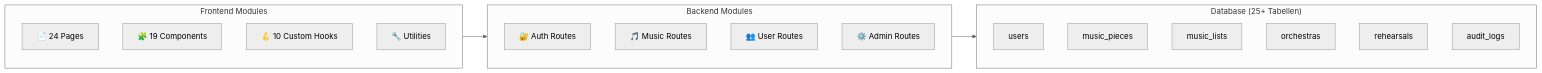
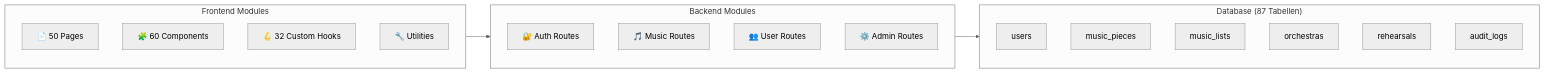
One commit to ruudsl/tutti changed the second of 2 diagrams in README.nl.md. Above: the diagram before and after it, drawn with Mermaid (neutral theme). The commit also changed other lines of this file and 1 other file, not shown here.

First line of the commit message:
docs: update architecture diagram counts

````diff
--- a/README.nl.md
+++ b/README.nl.md
@@ -93,28 +93,28 @@
 ```mermaid
 flowchart LR
     subgraph FE["Frontend Modules"]
-        Pages["📄 24 Pages"]
-        Components["🧩 19 Components"]
-        Hooks["🪝 10 Custom Hooks"]
+        Pages["📄 50 Pages"]
+        Components["🧩 60 Components"]
+        Hooks["🪝 32 Custom Hooks"]
         Utils["🔧 Utilities"]
     end
 
     subgraph BE["Backend Modules"]
         AuthRoutes["🔐 Auth Routes"]
         MusicRoutes["🎵 Music Routes"]
         UserRoutes["👥 User Routes"]
         AdminRoutes["⚙️ Admin Routes"]
     end
 
-    subgraph DB["Database (25+ Tabellen)"]
+    subgraph DB["Database (87 Tabellen)"]
         Users["users"]
         Music["music_pieces"]
         Lists["music_lists"]
         Orchestras["orchestras"]
         Rehearsals["rehearsals"]
         AuditLogs["audit_logs"]
     end
 
     FE --> BE
     BE --> DB
 ```
````
